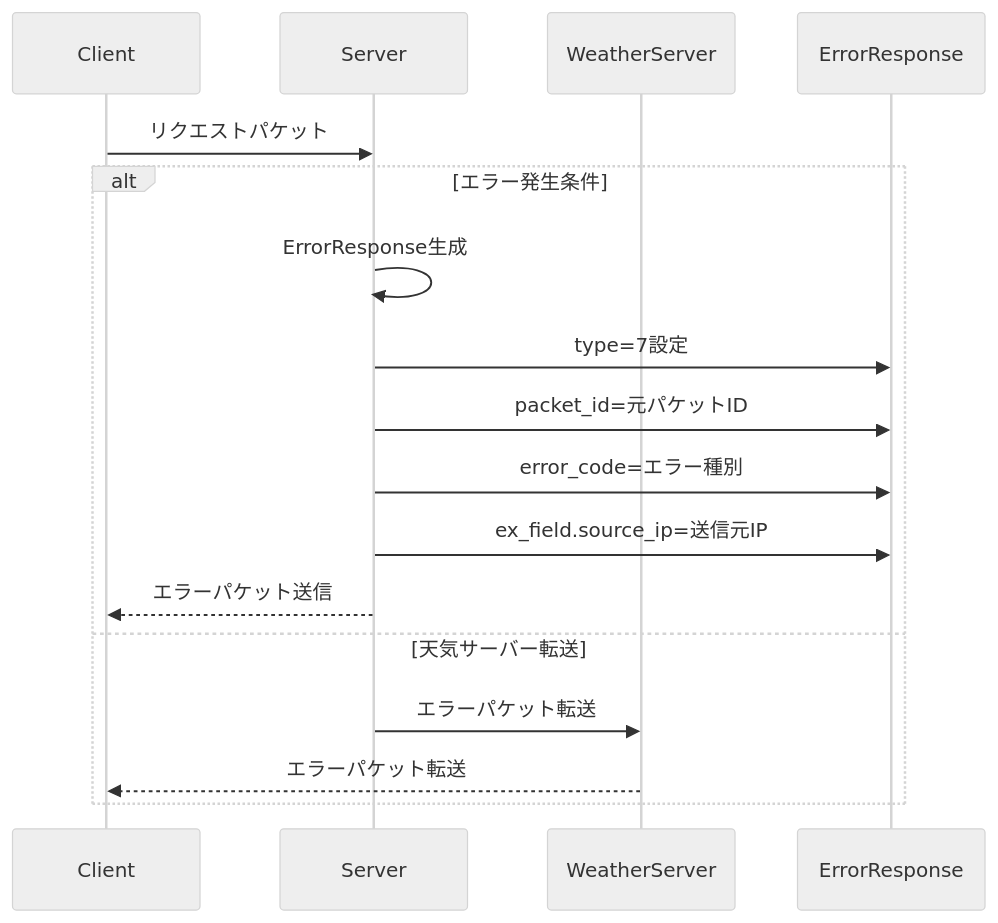
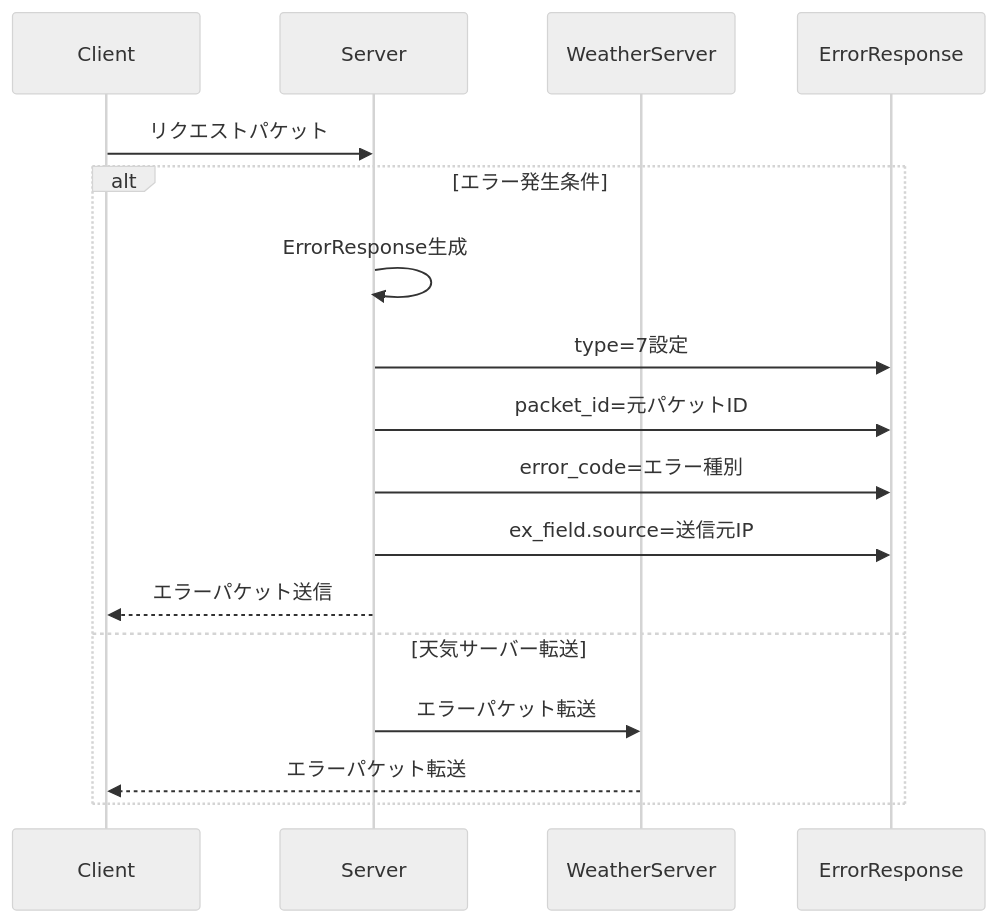
Before and after one commit to U22-2025/WIP: the second of 2 diagrams in error_handling_spec.md, drawn with Mermaid (neutral theme). The commit also changed other lines of this file and 3 other files, not shown here.

````diff
--- a/error_handling_spec.md
+++ b/error_handling_spec.md
@@ -26,19 +26,19 @@
 ```mermaid
 sequenceDiagram
     participant Client
     participant Server
     participant WeatherServer
 
     Client->>Server: リクエストパケット
     alt エラー発生条件
         Server->>Server: ErrorResponse生成
         Server->>ErrorResponse: type=7設定
         Server->>ErrorResponse: packet_id=元パケットID
         Server->>ErrorResponse: error_code=エラー種別
-        Server->>ErrorResponse: ex_field.source_ip=送信元IP
+        Server->>ErrorResponse: ex_field.source=送信元IP
         Server-->>Client: エラーパケット送信
     else 天気サーバー転送
         Server->>WeatherServer: エラーパケット転送
         WeatherServer-->>Client: エラーパケット転送
     end
 ```
````
